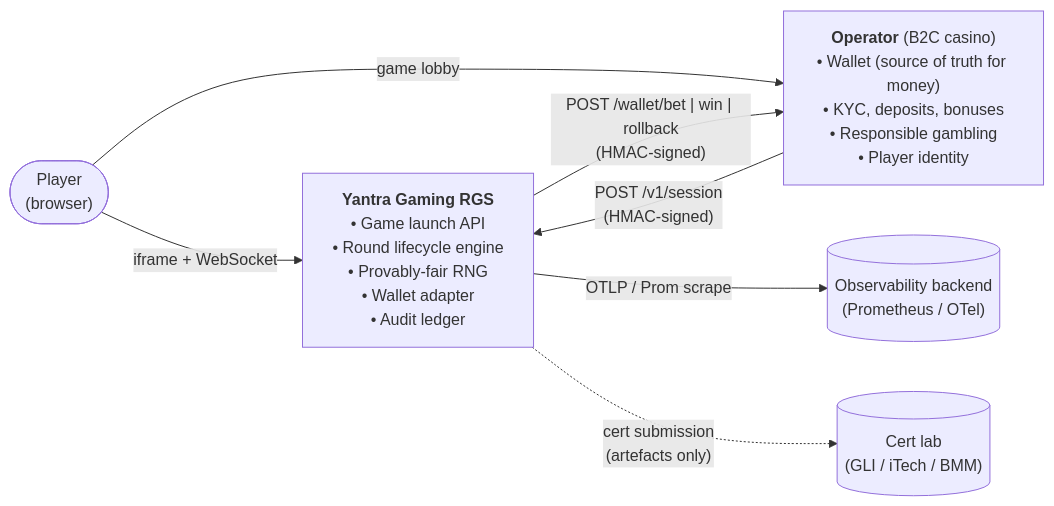
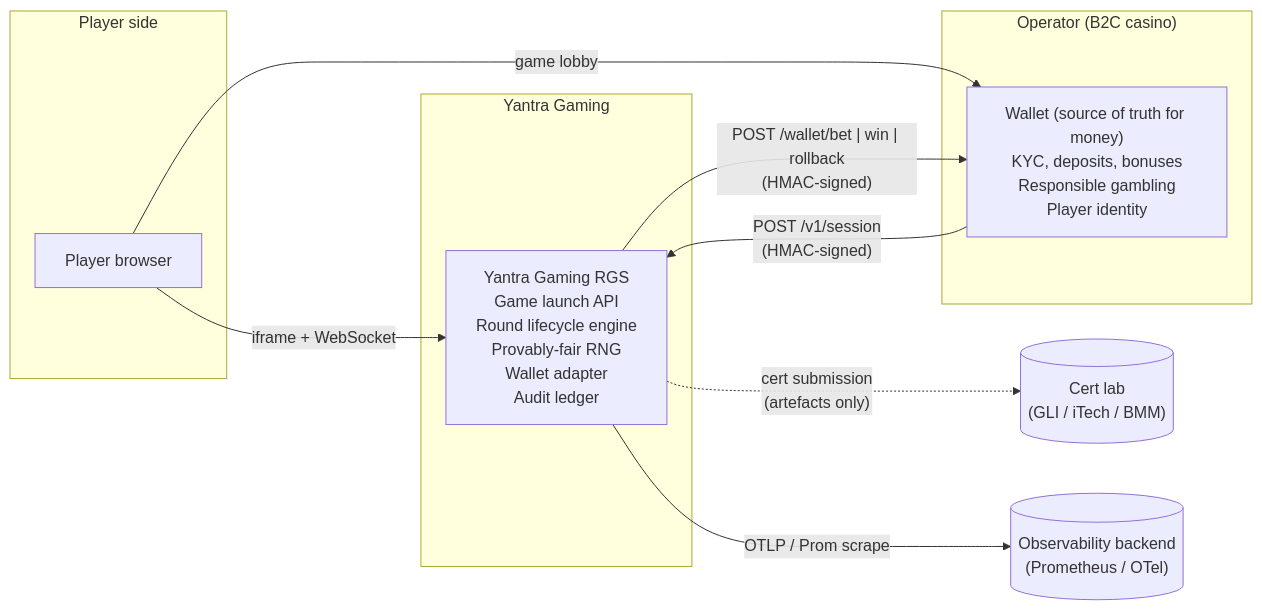
The first of 9 diagrams in docs/architecture.md (dinethlive/yantra-gaming), drawn with Mermaid before and after one commit.

Commit message:
docs(architecture): align section 1 diagram with roadmap reference shape vocabulary
Section 1 System context was the only diagram using a stadium shape
(player([...]))). In mermaid's default theme on GitHub light mode
that pill shape renders with a solid dark fill that clashes with the
regular rectangles around it. B2B_ROADMAP section 4 Reference
architecture uses only subgraph-wrapped rectangles plus a single
cylinder datastore and renders cleanly in both themes, so this
section now follows the same structural pattern: one subgraph per
participant boundary, regular [text] rectangles inside, cylinders
for cert lab + observability sinks.

````diff
--- a/docs/architecture.md
+++ b/docs/architecture.md
@@ -23,15 +23,24 @@
 ```mermaid
 flowchart LR
-    player(["Player<br/>(browser)"])
-    operator["<b>Operator</b> (B2C casino)<br/>• Wallet (source of truth for money)<br/>• KYC, deposits, bonuses<br/>• Responsible gambling<br/>• Player identity"]
-    rgs["<b>Yantra Gaming RGS</b><br/>• Game launch API<br/>• Round lifecycle engine<br/>• Provably-fair RNG<br/>• Wallet adapter<br/>• Audit ledger"]
+    subgraph playerSide["Player side"]
+        player["Player browser"]
+    end
+
+    subgraph operatorSide["Operator (B2C casino)"]
+        operator["Wallet (source of truth for money)<br/>KYC, deposits, bonuses<br/>Responsible gambling<br/>Player identity"]
+    end
+
+    subgraph rgsSide["Yantra Gaming"]
+        rgs["Yantra Gaming RGS<br/>Game launch API<br/>Round lifecycle engine<br/>Provably-fair RNG<br/>Wallet adapter<br/>Audit ledger"]
+    end
+
     cert[("Cert lab<br/>(GLI / iTech / BMM)")]
     obs[("Observability backend<br/>(Prometheus / OTel)")]
 
     player -- "iframe + WebSocket" --> rgs
     player -- "game lobby" --> operator
     operator -- "POST /v1/session<br/>(HMAC-signed)" --> rgs
     rgs -- "POST /wallet/bet | win | rollback<br/>(HMAC-signed)" --> operator
     rgs -- "OTLP / Prom scrape" --> obs
     rgs -. "cert submission<br/>(artefacts only)" .-> cert
 ```
````
